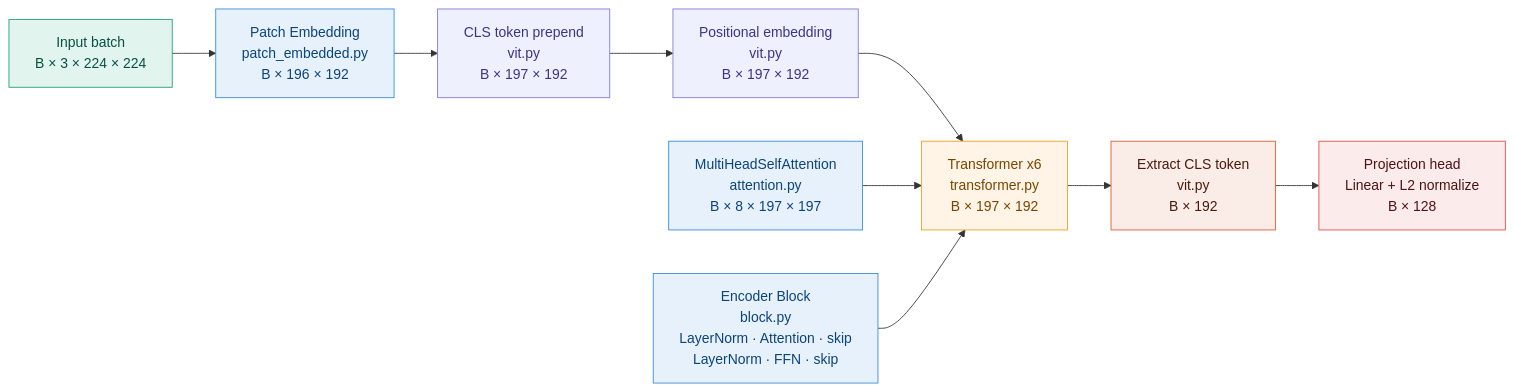
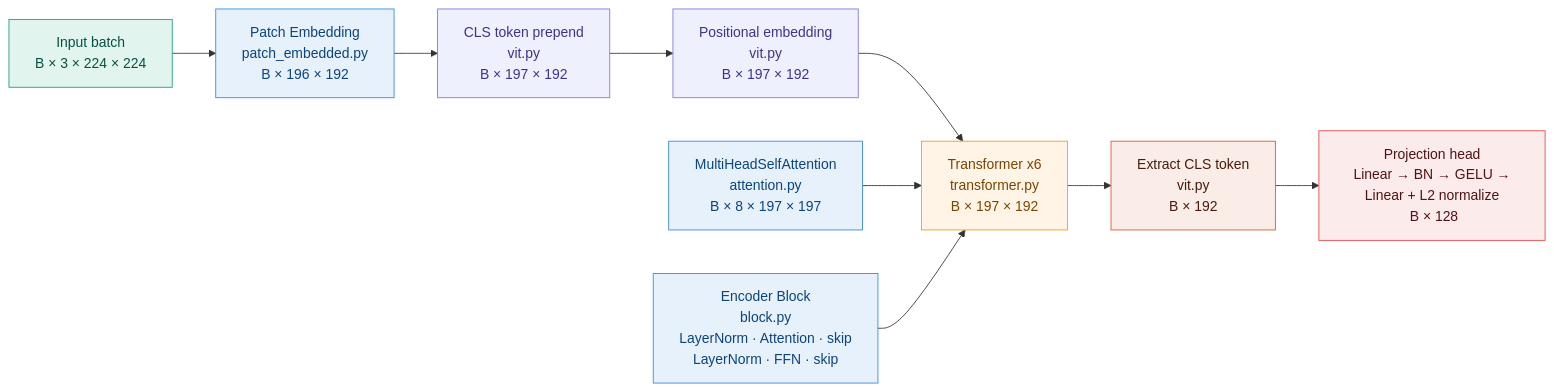
Before and after one commit to Volvert/INFO8010-DeepLearing: the first of 4 diagrams in MODEL.md, drawn with Mermaid. The commit also changed other lines of this file, not shown here.

First line of the commit message:
Refine projection head explanation in MODEL.md

````diff
--- a/MODEL.md
+++ b/MODEL.md
@@ -21,23 +21,23 @@
 ```mermaid
 flowchart LR
     A["Input batch\n B × 3 × 224 × 224"] --> B
     B["Patch Embedding\n patch_embedded.py\n B × 196 × 192"] --> C
     C["CLS token prepend\n vit.py\n B × 197 × 192"] --> D
     D["Positional embedding\n vit.py\n B × 197 × 192"] --> E
     E["Transformer x6\n transformer.py\n B × 197 × 192"] --> F
     F["Extract CLS token\n vit.py\n B × 192"] --> G
-    G["Projection head\n Linear + L2 normalize\n B × 128"]
+    G["Projection head\n Linear → BN → GELU → Linear + L2 normalize\n B × 128"]
  
     ATT["MultiHeadSelfAttention\n attention.py\n B × 8 × 197 × 197"] --> E
     BLK["Encoder Block\n block.py\n LayerNorm · Attention · skip\n LayerNorm · FFN · skip"] --> E
  
     style A fill:#E1F5EE,stroke:#1D9E75,color:#085041
     style B fill:#E6F1FB,stroke:#378ADD,color:#0C447C
     style C fill:#EEF0FE,stroke:#7F77DD,color:#3C3489
     style D fill:#EEF0FE,stroke:#7F77DD,color:#3C3489
     style E fill:#FFF4E5,stroke:#E8A020,color:#7A4500
     style F fill:#FAECE7,stroke:#D85A30,color:#4A1B0C
     style G fill:#FCEBEB,stroke:#E24B4A,color:#501313
     style ATT fill:#E6F1FB,stroke:#378ADD,color:#0C447C
     style BLK fill:#E6F1FB,stroke:#378ADD,color:#0C447C
 ```
````
